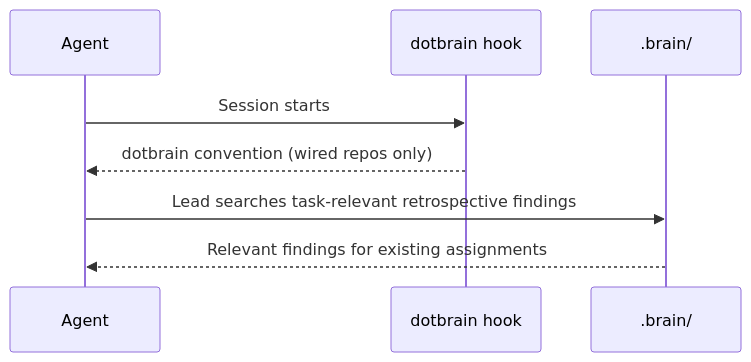
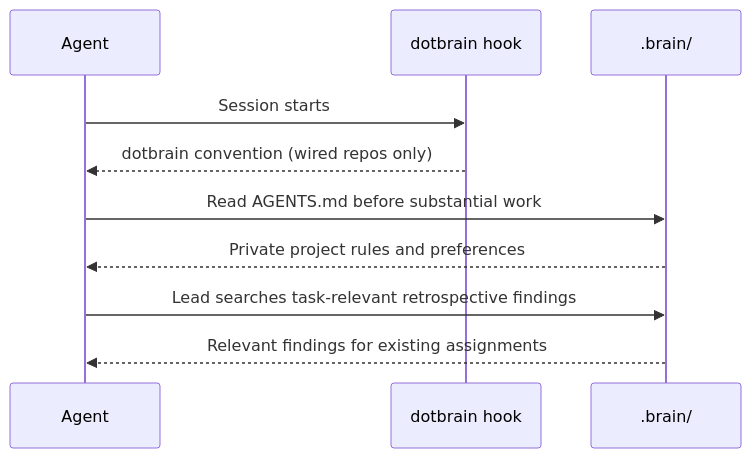
Before and after one commit to arminzou/dotbrain: the diagram in docs/session-context.md, drawn with Mermaid. The commit also changed other lines of this file and 34 other files, not shown here.

First line of the commit message:
fix(context): retain private project rule entries

````diff
--- a/docs/session-context.md
+++ b/docs/session-context.md
@@ -8,11 +8,13 @@
 ```mermaid
 sequenceDiagram
   accTitle: What an agent loads when a session starts
   participant A as Agent
   participant D as dotbrain hook
   participant B as .brain/
   A->>D: Session starts
   D-->>A: dotbrain convention (wired repos only)
+  A->>B: Read AGENTS.md before substantial work
+  B-->>A: Private project rules and preferences
   A->>B: Lead searches task-relevant retrospective findings
   B-->>A: Relevant findings for existing assignments
 ```
````
